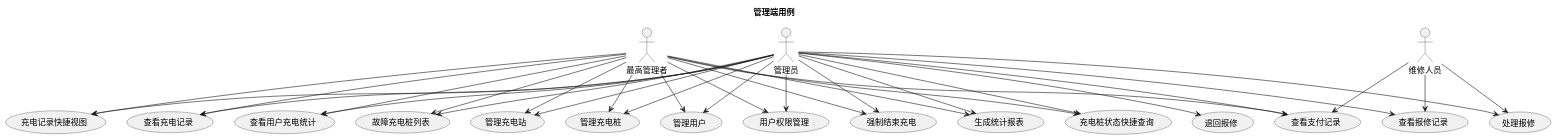
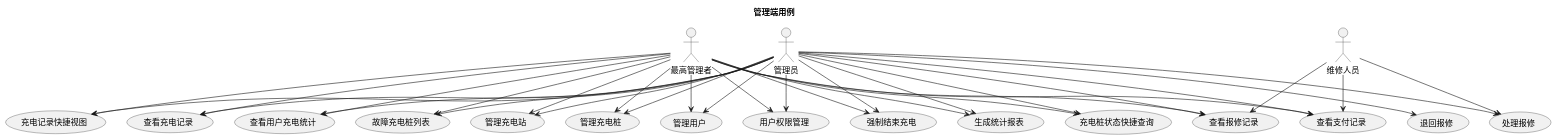
The diagram in usecase/docs/overview/src/admin_usecases.puml (greenhandzdl/charging-station-doc), drawn with PlantUML before and after one commit. The commit also changed 9 other files, not shown here.

First line of the commit message:
fix: 第8轮评估修复 — 跨图一致性全面补全（5 MAJOR + 4 MINOR + 3 INFO）

```diff
--- a/usecase/docs/overview/src/admin_usecases.puml
+++ b/usecase/docs/overview/src/admin_usecases.puml
@@ -1,57 +1,58 @@
 @startuml
 skinparam defaultFontName "Noto Sans CJK SC"
 skinparam defaultFontSize 14
 title 管理端用例
 skinparam useCaseShape rectangle
 
 actor "管理员" as A
 actor "最高管理者" as SA
 actor "维修人员" as M
 
 usecase "管理充电站" as MS
 usecase "管理充电桩" as MC
 usecase "管理用户" as MU
 usecase "用户权限管理" as PM
 usecase "处理报修" as HR
 usecase "查看报修记录" as VR
 usecase "强制结束充电" as FSC
 usecase "生成统计报表" as GS
 usecase "充电桩状态快捷查询" as QC
 usecase "充电记录快捷视图" as QV
 usecase "查看支付记录" as VPR
 usecase "查看充电记录" as VCR
 usecase "查看用户充电统计" as UCS
 usecase "故障充电桩列表" as FCL
 usecase "退回报修" as RR
 
 A --> MS
 A --> MC
 A --> MU
 A --> PM
 A --> HR
 A --> VR
 A --> FSC
 A --> VPR
 A --> GS
 A --> QC
 A --> QV
 A --> VCR
 A --> UCS
 A --> RR
 A --> FCL
 SA --> FCL
 SA --> MS
 SA --> MC
 SA --> PM
 SA --> MU
 SA --> VPR
+SA --> VR
 SA --> GS
 SA --> FSC
 SA --> QC
 SA --> QV
 SA --> VCR
 SA --> UCS
 M --> HR
 M --> VR
 M --> VPR
 @enduml
```
